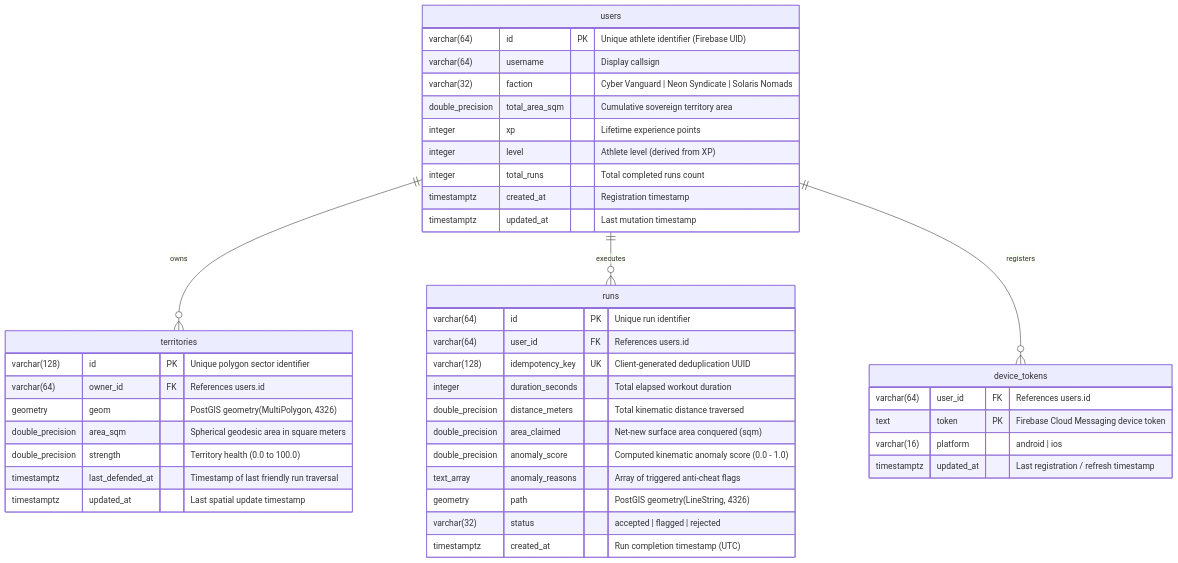
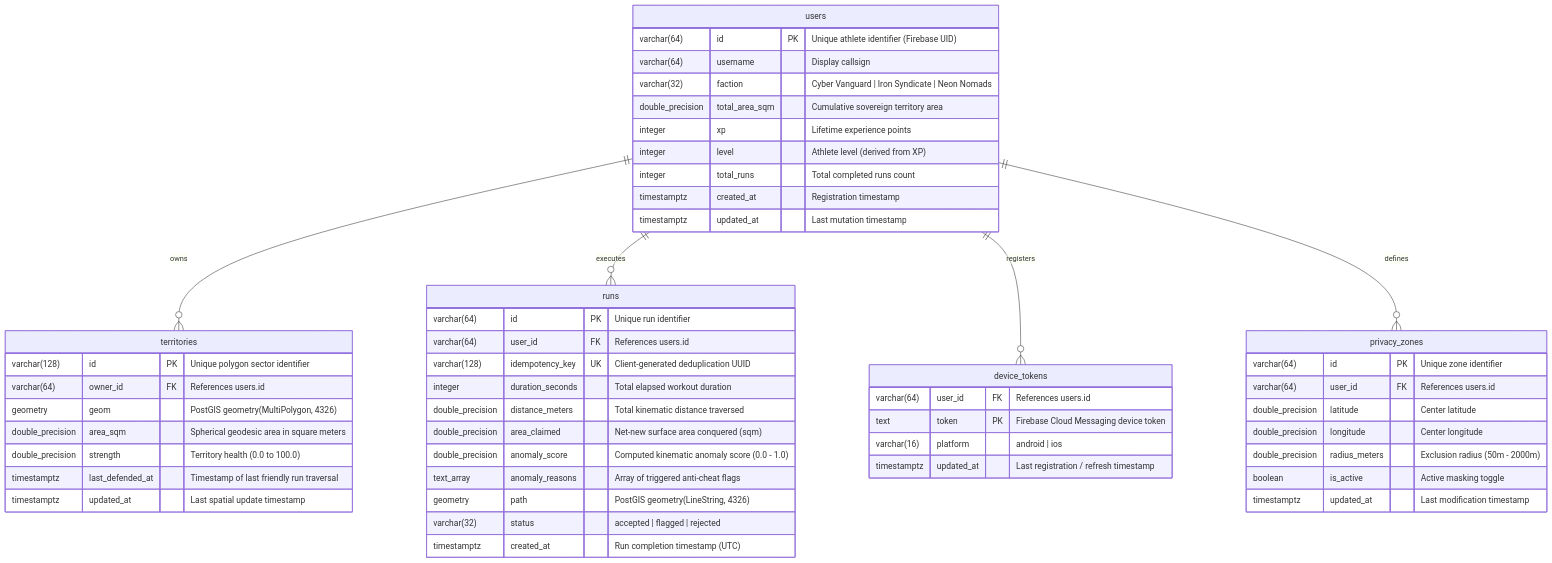
One commit to Ayush-00-hui/Territory-Runner-Game changed the third of 3 diagrams in README.md. Above: the diagram before and after it, drawn with Mermaid. The commit also changed other lines of this file, not shown here.

Commit message:
docs: overhaul README with comprehensive architecture, mechanics, and design system

````diff
--- a/README.md
+++ b/README.md
@@ -257,49 +254,60 @@
 ```mermaid
 erDiagram
     users ||--o{ territories : "owns"
     users ||--o{ runs : "executes"
     users ||--o{ device_tokens : "registers"
+    users ||--o{ privacy_zones : "defines"
 
     users {
         varchar(64) id PK "Unique athlete identifier (Firebase UID)"
         varchar(64) username "Display callsign"
-        varchar(32) faction "Cyber Vanguard | Neon Syndicate | Solaris Nomads"
+        varchar(32) faction "Cyber Vanguard | Iron Syndicate | Neon Nomads"
         double_precision total_area_sqm "Cumulative sovereign territory area"
         integer xp "Lifetime experience points"
         integer level "Athlete level (derived from XP)"
         integer total_runs "Total completed runs count"
         timestamptz created_at "Registration timestamp"
         timestamptz updated_at "Last mutation timestamp"
     }
 
     territories {
         varchar(128) id PK "Unique polygon sector identifier"
         varchar(64) owner_id FK "References users.id"
         geometry geom "PostGIS geometry(MultiPolygon, 4326)"
         double_precision area_sqm "Spherical geodesic area in square meters"
         double_precision strength "Territory health (0.0 to 100.0)"
         timestamptz last_defended_at "Timestamp of last friendly run traversal"
         timestamptz updated_at "Last spatial update timestamp"
     }
 
     runs {
         varchar(64) id PK "Unique run identifier"
         varchar(64) user_id FK "References users.id"
         varchar(128) idempotency_key UK "Client-generated deduplication UUID"
         integer duration_seconds "Total elapsed workout duration"
         double_precision distance_meters "Total kinematic distance traversed"
         double_precision area_claimed "Net-new surface area conquered (sqm)"
         double_precision anomaly_score "Computed kinematic anomaly score (0.0 - 1.0)"
         text_array anomaly_reasons "Array of triggered anti-cheat flags"
         geometry path "PostGIS geometry(LineString, 4326)"
         varchar(32) status "accepted | flagged | rejected"
         timestamptz created_at "Run completion timestamp (UTC)"
     }
 
+    privacy_zones {
+        varchar(64) id PK "Unique zone identifier"
+        varchar(64) user_id FK "References users.id"
+        double_precision latitude "Center latitude"
+        double_precision longitude "Center longitude"
+        double_precision radius_meters "Exclusion radius (50m - 2000m)"
+        boolean is_active "Active masking toggle"
+        timestamptz updated_at "Last modification timestamp"
+    }
+
     device_tokens {
         varchar(64) user_id FK "References users.id"
         text token PK "Firebase Cloud Messaging device token"
         varchar(16) platform "android | ios"
         timestamptz updated_at "Last registration / refresh timestamp"
     }
 ```
````
